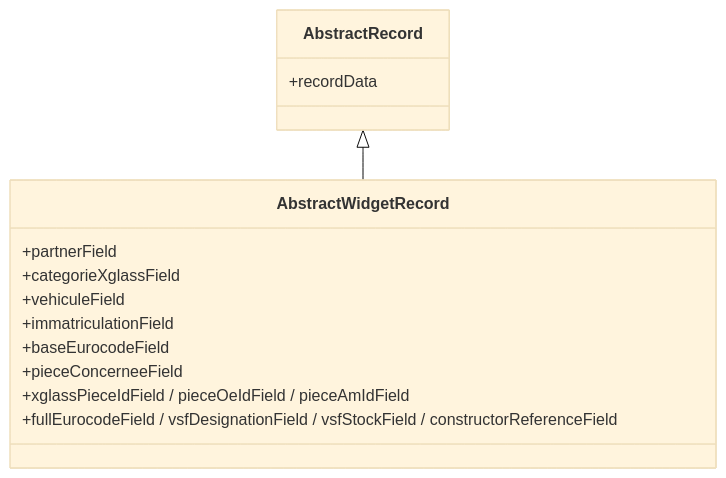
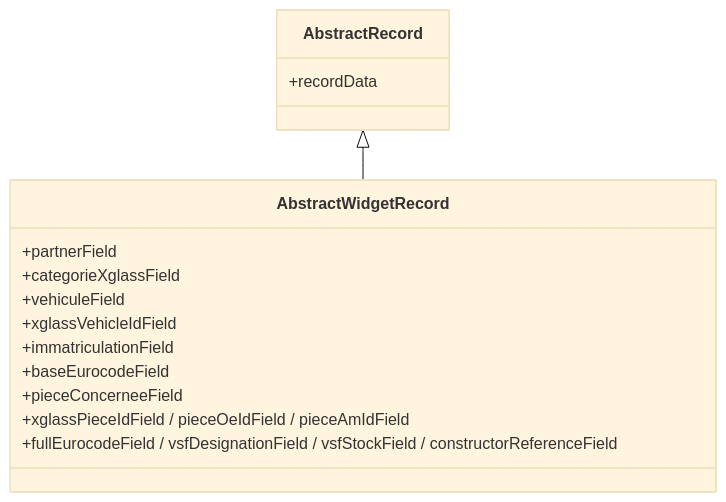
One commit to rpbmSdk/rpbm changed the third of 4 diagrams in rpbm_agent/docs/technique/frontend.md. Above: the diagram before and after it, drawn with Mermaid (base theme). The commit also changed other lines of this file and 13 other files, not shown here.

````diff
--- a/rpbm_agent/docs/technique/frontend.md
+++ b/rpbm_agent/docs/technique/frontend.md
@@ -231,17 +242,18 @@
 ```mermaid
 classDiagram
     class AbstractRecord {
         +recordData
     }
     class AbstractWidgetRecord {
         +partnerField
         +categorieXglassField
         +vehiculeField
+        +xglassVehicleIdField
         +immatriculationField
         +baseEurocodeField
         +pieceConcerneeField
         +xglassPieceIdField / pieceOeIdField / pieceAmIdField
         +fullEurocodeField / vsfDesignationField / vsfStockField / constructorReferenceField
     }
     AbstractRecord <|-- AbstractWidgetRecord
 ```
````
